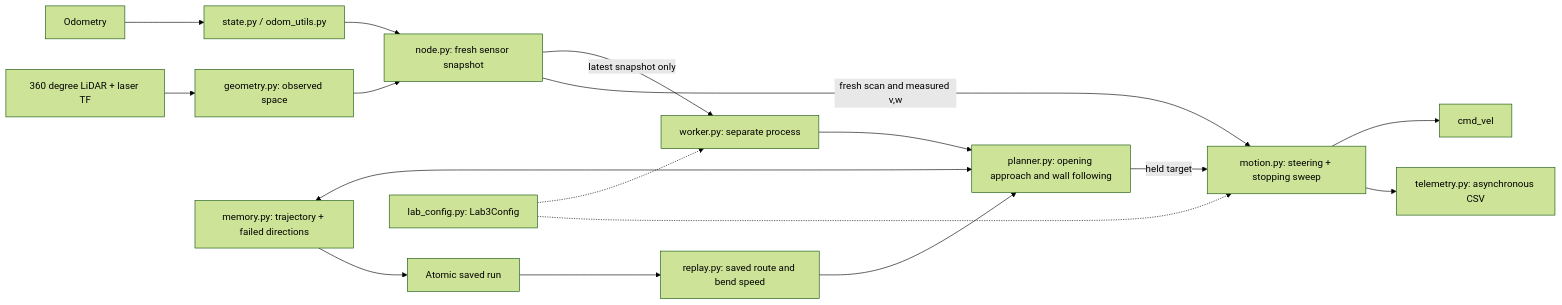
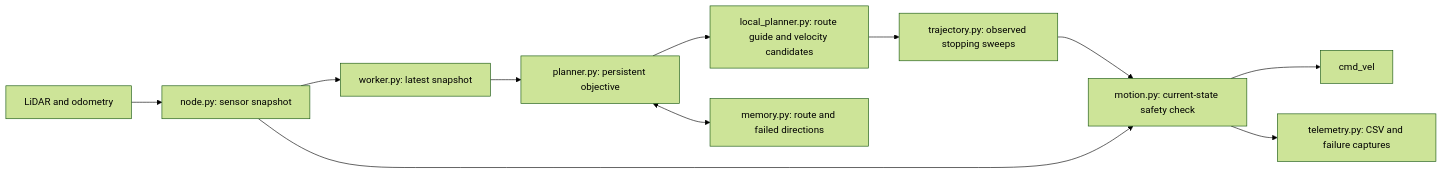
Before and after one commit to DJPark1213/Autonomous_Mobile_Robot_Lab: the diagram in amr_ws/src/py_amr_ttb/py_amr_ttb/lab3/README.md, drawn with Mermaid (forest theme). The commit also changed other lines of this file and 18 other files, not shown here.

````diff
--- a/amr_ws/src/py_amr_ttb/py_amr_ttb/lab3/README.md
+++ b/amr_ws/src/py_amr_ttb/py_amr_ttb/lab3/README.md
@@ -13,19 +11,13 @@
 ```mermaid
 flowchart LR
-  O[Odometry] --> S[state.py / odom_utils.py]
-  L[360 degree LiDAR + laser TF] --> G[geometry.py: observed space]
-  S --> N[node.py: fresh sensor snapshot]
-  G --> N
-  N -->|latest snapshot only| W[worker.py: separate process]
-  W --> P[planner.py: opening approach and wall following]
-  R[memory.py: trajectory + failed directions] <--> P
-  R --> F[Atomic saved run]
-  F --> E[replay.py: saved route and bend speed]
-  E --> P
-  P -->|held target| C[motion.py: steering + stopping sweep]
-  N -->|fresh scan and measured v,w| C
-  C --> V[cmd_vel]
-  C --> T[telemetry.py: asynchronous CSV]
-  Q[lab_config.py: Lab3Config] -.-> W
-  Q -.-> C
+  S[LiDAR and odometry] --> N[node.py: sensor snapshot]
+  N --> W[worker.py: latest snapshot]
+  W --> P[planner.py: persistent objective]
+  P --> L[local_planner.py: route guide and velocity candidates]
+  L --> V[trajectory.py: observed stopping sweeps]
+  V --> C[motion.py: current-state safety check]
+  N --> C
+  C --> O[cmd_vel]
+  P <--> M[memory.py: route and failed directions]
+  C --> T[telemetry.py: CSV and failure captures]
 ```
````
